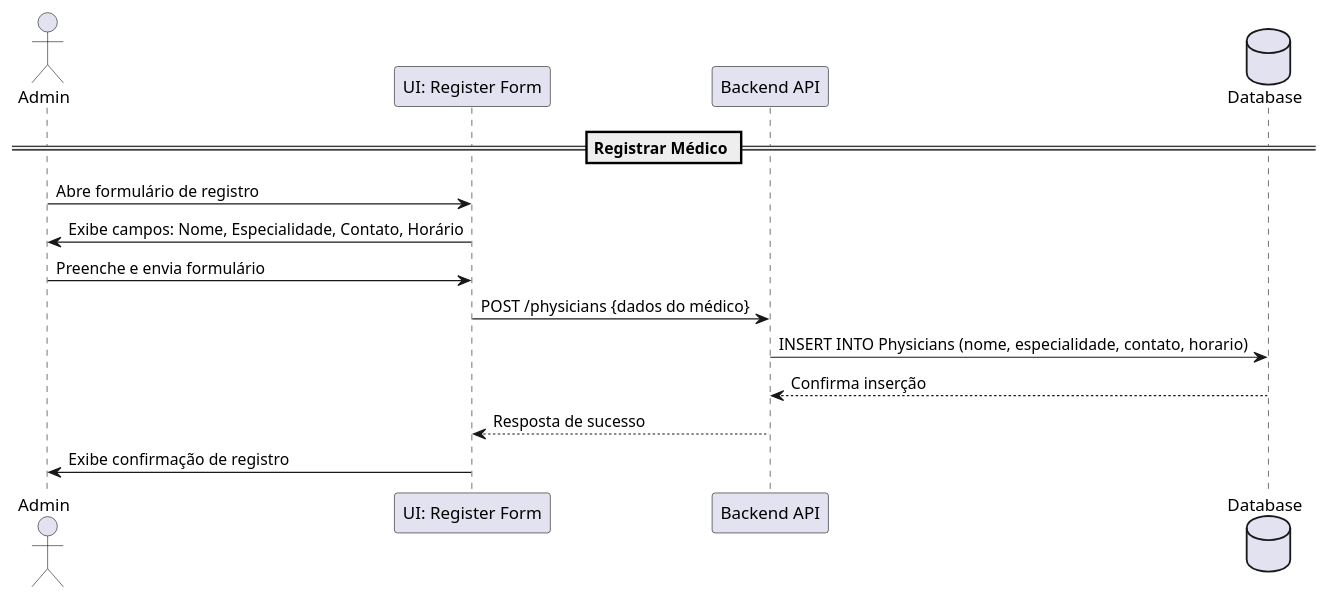
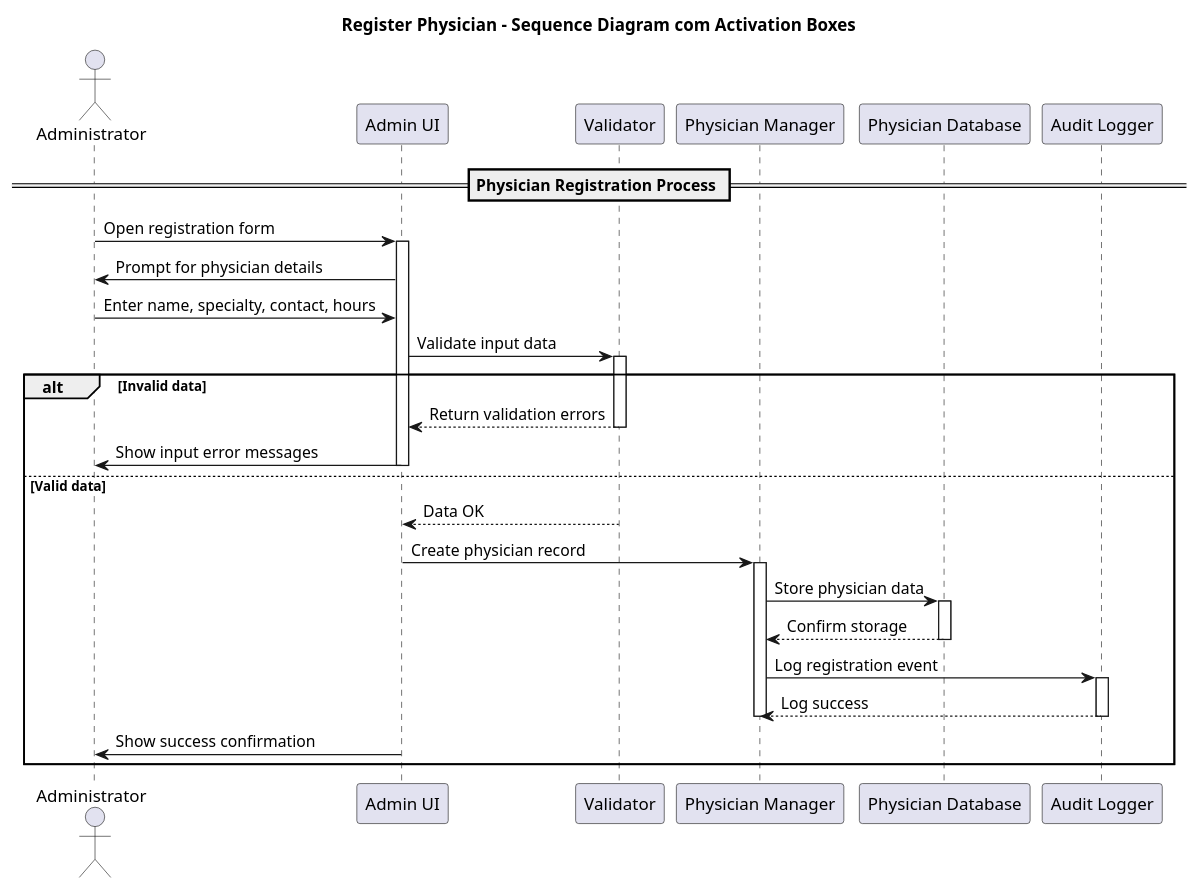
One commit to luluisfcm/psoft_1221432_1231479_1222100 changed the diagram in Docs/US3-SD.puml. Above: the diagram before and after it, drawn with PlantUML. The commit also changed other lines of this file and 3 other files, not shown here.

```diff
--- a/Docs/US3-SD.puml
+++ b/Docs/US3-SD.puml
@@ -1,19 +5,51 @@
 @startuml
-actor Admin
-participant "UI: Register Form" as UI
-participant "Backend API" as API
-database "Database" as DB
+title Register Physician - Sequence Diagram com Activation Boxes
 
-== Registrar Médico ==
+actor "Administrator" as Admin
 
-Admin -> UI : Abre formulário de registro
-UI -> Admin : Exibe campos: Nome, Especialidade, Contato, Horário
+participant "Admin UI" as UI
+participant "Validator"
+participant "Physician Manager" as PhysMgr
+participant "Physician Database" as DB
+participant "Audit Logger" as Logger
 
-Admin -> UI : Preenche e envia formulário
-UI -> API : POST /physicians {dados do médico}
-API -> DB : INSERT INTO Physicians (nome, especialidade, contato, horario)
-DB --> API : Confirma inserção
-API --> UI : Resposta de sucesso
-UI -> Admin : Exibe confirmação de registro
+== Physician Registration Process ==
+
+Admin -> UI: Open registration form
+activate UI
+
+UI -> Admin: Prompt for physician details
+Admin -> UI: Enter name, specialty, contact, hours
+
+UI -> Validator: Validate input data
+activate Validator
+
+alt Invalid data
+    Validator --> UI: Return validation errors
+    deactivate Validator
+    UI -> Admin: Show input error messages
+    deactivate UI
+else Valid data
+    Validator --> UI: Data OK
+    deactivate Validator
+
+    UI -> PhysMgr: Create physician record
+    activate PhysMgr
+
+    PhysMgr -> DB: Store physician data
+    activate DB
+    DB --> PhysMgr: Confirm storage
+    deactivate DB
+
+    PhysMgr -> Logger: Log registration event
+    activate Logger
+    Logger --> PhysMgr: Log success
+    deactivate Logger
+
+    deactivate PhysMgr
+
+    UI -> Admin: Show success confirmation
+    deactivate UI
+end
 
 @enduml
```
